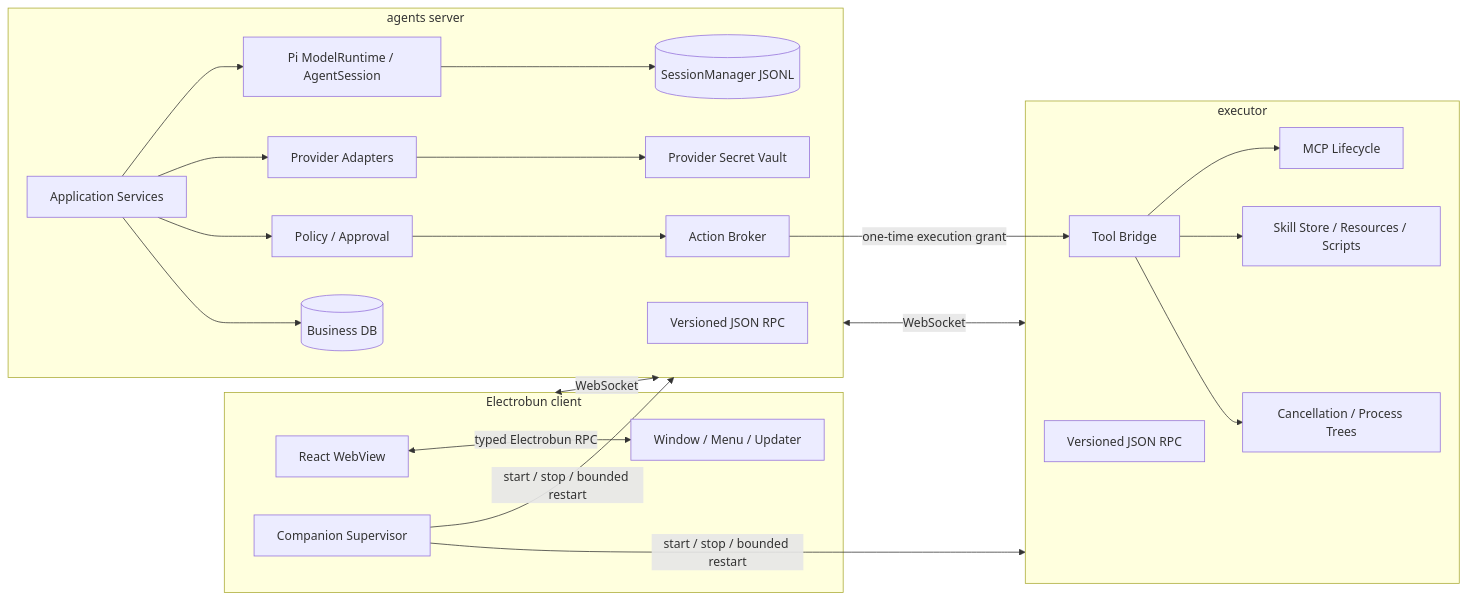
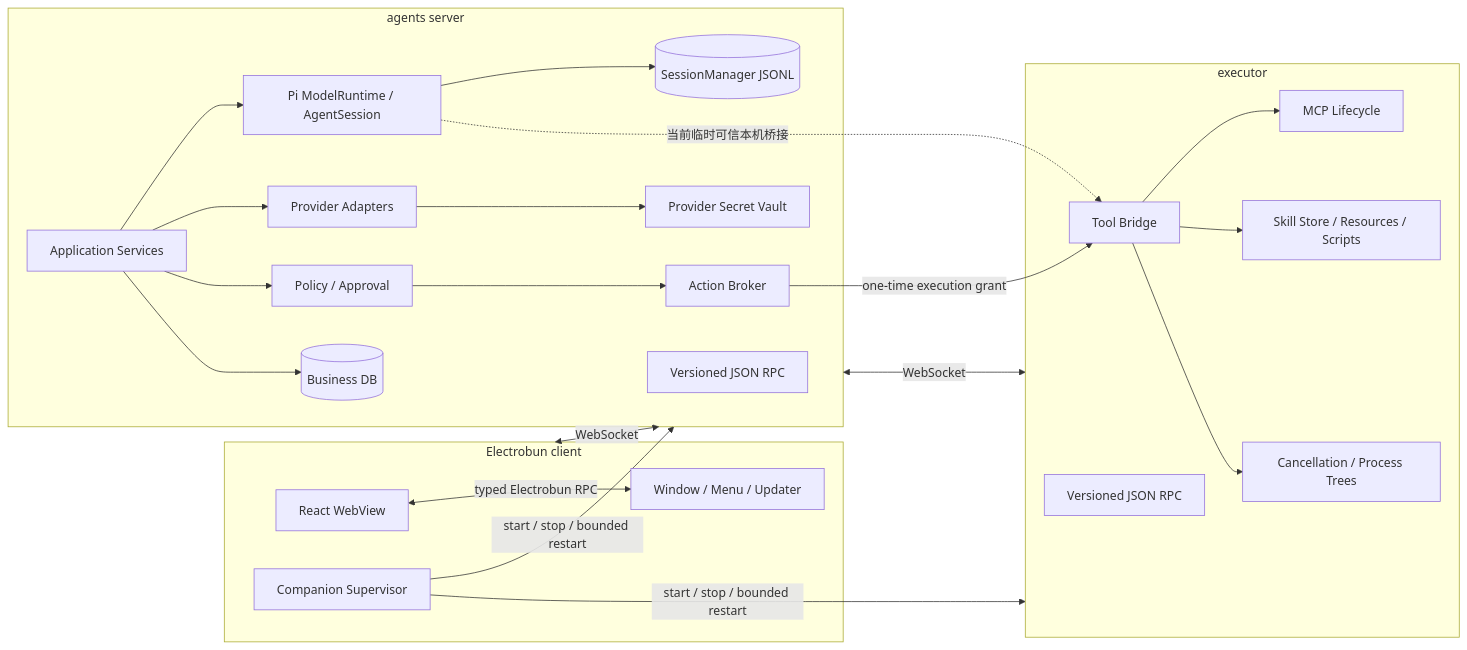
Before and after one commit to weivea/moshu: the first of 2 diagrams in docs/implementation/architecture.md, drawn with Mermaid. The commit also changed other lines of this file and 77 other files, not shown here.

First line of the commit message:
feat: add executor-backed agent tools

````diff
--- a/docs/implementation/architecture.md
+++ b/docs/implementation/architecture.md
@@ -32,46 +33,47 @@
 ```mermaid
 flowchart LR
     subgraph C[Electrobun client]
         UI[React WebView]
         DESKTOP[Window / Menu / Updater]
         SUP[Companion Supervisor]
         UI <-->|typed Electrobun RPC| DESKTOP
     end
 
     subgraph S[agents server]
         RPCS[Versioned JSON RPC]
         APP[Application Services]
         AGENT[Pi ModelRuntime / AgentSession]
         PROVIDER[Provider Adapters]
         POLICY[Policy / Approval]
         BROKER[Action Broker]
         DB[(Business DB)]
         CP[(SessionManager JSONL)]
         VAULT[Provider Secret Vault]
     end
 
     subgraph E[executor]
         RPCE[Versioned JSON RPC]
         TOOLS[Tool Bridge]
         MCP[MCP Lifecycle]
         SKILLS[Skill Store / Resources / Scripts]
         PROC[Cancellation / Process Trees]
     end
 
     C <-->|WebSocket| S
     S <-->|WebSocket| E
     SUP -->|start / stop / bounded restart| S
     SUP -->|start / stop / bounded restart| E
 
     APP --> AGENT
     APP --> PROVIDER
     APP --> POLICY
     POLICY --> BROKER
     APP --> DB
     AGENT --> CP
     PROVIDER --> VAULT
     BROKER -->|one-time execution grant| TOOLS
+    AGENT -.->|当前临时可信本机桥接| TOOLS
     TOOLS --> MCP
     TOOLS --> SKILLS
     TOOLS --> PROC
 ```
````
